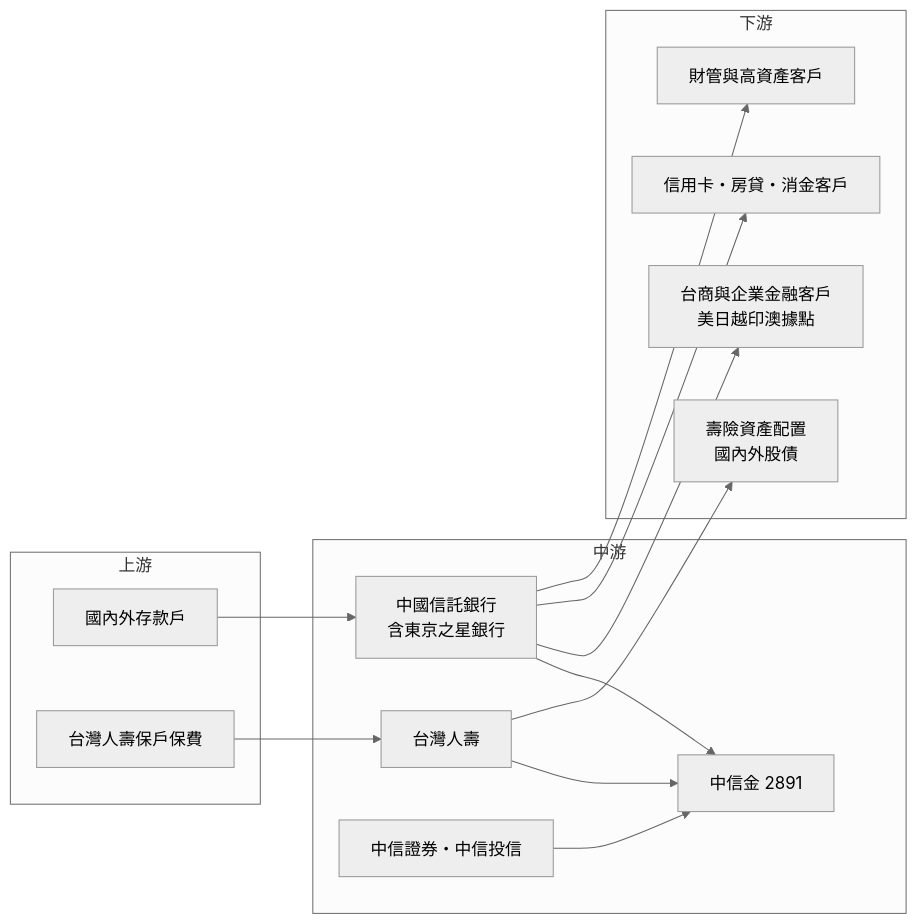
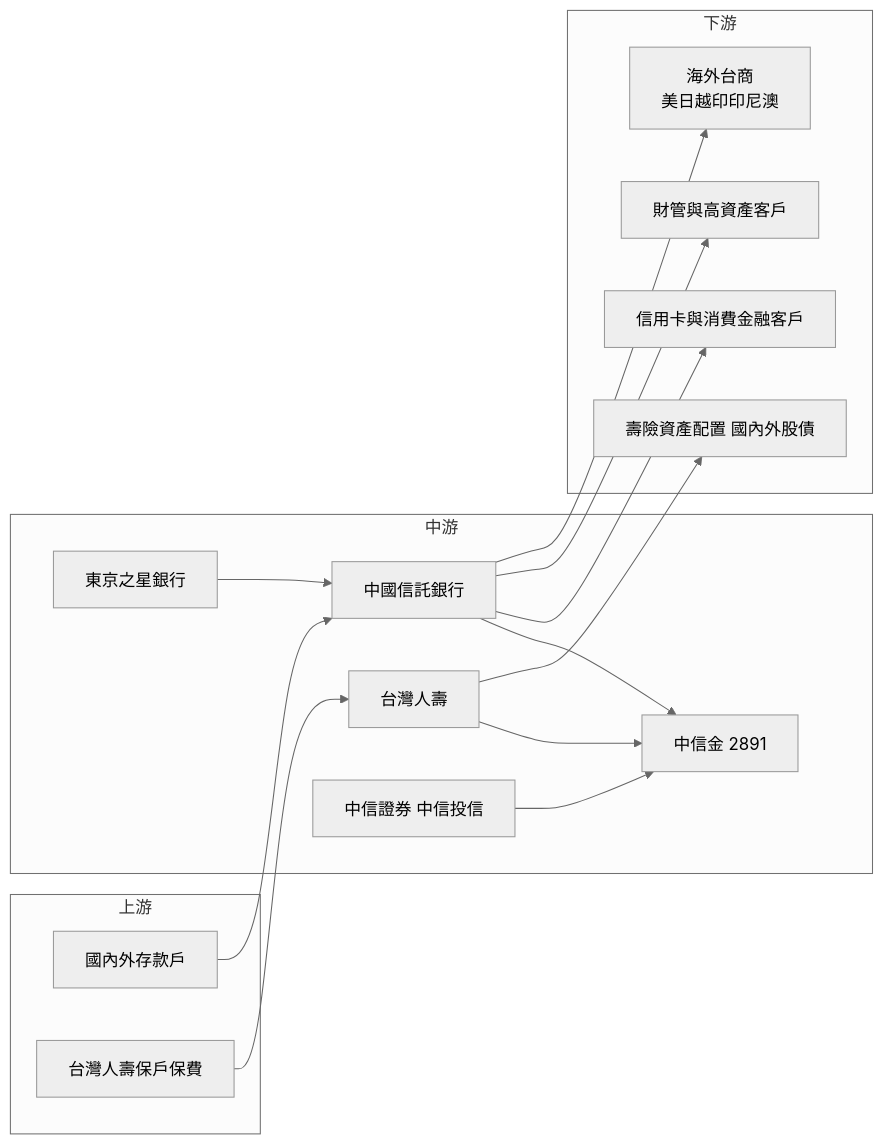
Before and after one commit to wangnick1004/taiwan-stock-vault: the fourth of 4 diagrams in 個股/台股/2891中信金.md, drawn with Mermaid (neutral theme). The commit also changed other lines of this file and 7 other files, not shown here.

````diff
--- a/個股/台股/2891中信金.md
+++ b/個股/台股/2891中信金.md
@@ -224,28 +246,30 @@
 ```mermaid
 flowchart LR
     subgraph 上游
         A1[國內外存款戶]
         A2[台灣人壽保戶保費]
     end
     subgraph 中游
         B[中信金 2891]
-        B1[中國信託銀行<br/>含東京之星銀行]
-        B2[台灣人壽]
-        B3[中信證券・中信投信]
+        B1[中國信託銀行]
+        B2[東京之星銀行]
+        B3[台灣人壽]
+        B4[中信證券 中信投信]
     end
     subgraph 下游
-        C1[台商與企業金融客戶<br/>美日越印澳據點]
-        C2[信用卡・房貸・消金客戶]
-        C3[財管與高資產客戶]
-        C4[壽險資產配置<br/>國內外股債]
+        C1[信用卡與消費金融客戶]
+        C2[財管與高資產客戶]
+        C3["海外台商<br/>美日越印印尼澳"]
+        C4[壽險資產配置 國內外股債]
     end
     A1 --> B1
-    A2 --> B2
+    A2 --> B3
+    B2 --> B1
     B1 --> B
-    B2 --> B
     B3 --> B
+    B4 --> B
     B1 --> C1
     B1 --> C2
     B1 --> C3
-    B2 --> C4
+    B3 --> C4
 ```
````
